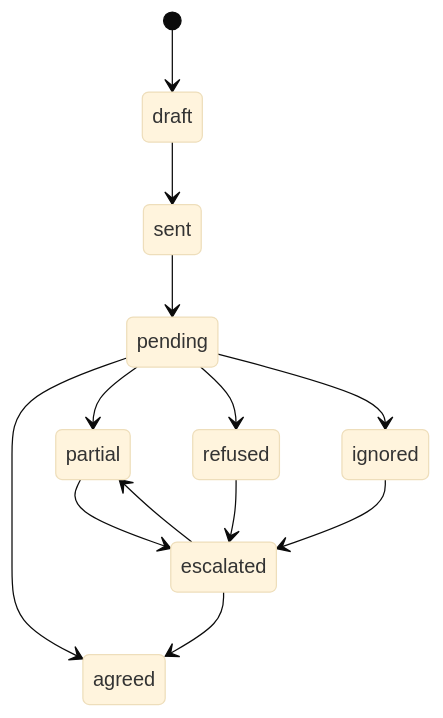
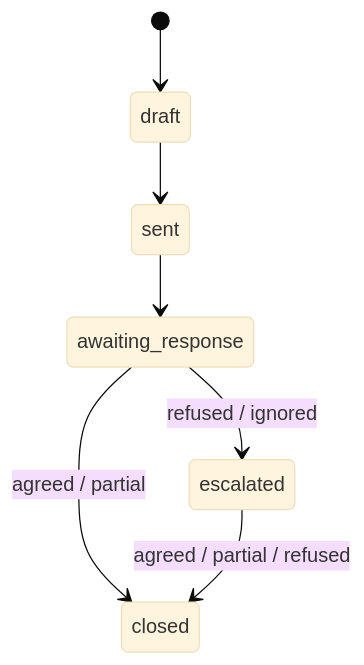
Before and after one commit to ljbudgie/advocate-companion: the fourth of 4 diagrams in README.md, drawn with Mermaid (base theme). The commit also changed other lines of this file, not shown here.

First line of the commit message:
Apply final README schema clarifications

````diff
--- a/README.md
+++ b/README.md
@@ -328,15 +331,9 @@
 ```mermaid
 stateDiagram-v2
   [*] --> draft
   draft --> sent
-  sent --> pending
-  pending --> agreed
-  pending --> partial
-  pending --> refused
-  pending --> ignored
-  partial --> escalated
-  refused --> escalated
-  ignored --> escalated
-  escalated --> agreed
-  escalated --> partial
+  sent --> awaiting_response
+  awaiting_response --> closed: agreed / partial
+  awaiting_response --> escalated: refused / ignored
+  escalated --> closed: agreed / partial / refused
 ```
````
